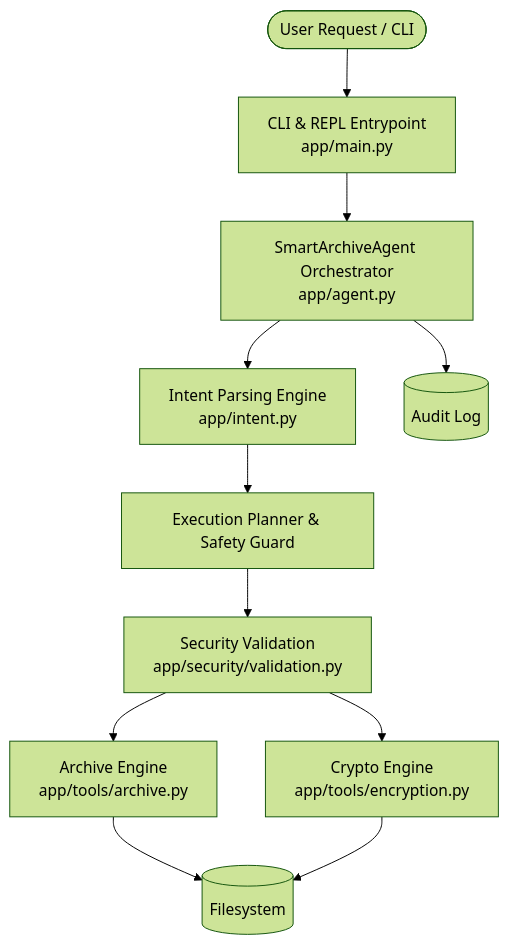
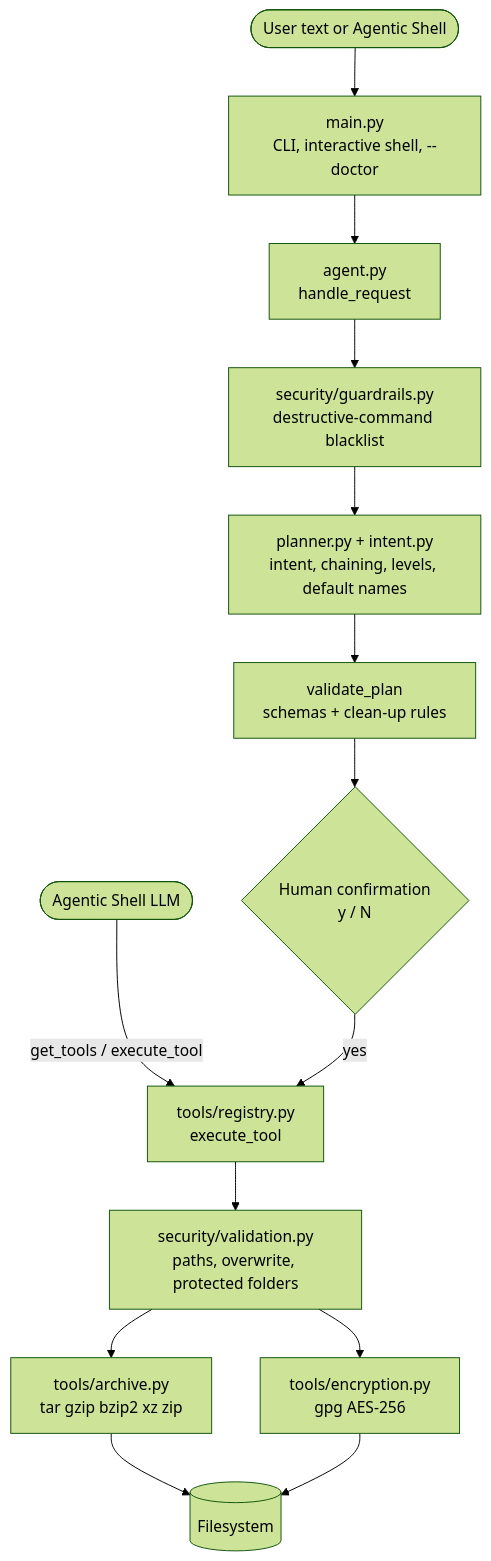
The diagram in docs/architecture.md (Sandeep-More-1610/OS-SMART-ARCHIVE-AGENT), drawn with Mermaid (forest theme) before and after one commit. The commit also changed other lines of this file and 37 other files, not shown here.

First line of the commit message:
Make Smart Archive Agent ready for Agentic Shell integration

````diff
--- a/docs/architecture.md
+++ b/docs/architecture.md
@@ -7,13 +3,16 @@
 ```mermaid
 flowchart TD
-    User([User Request / CLI]) --> Main[CLI & REPL Entrypoint\napp/main.py]
-    Main --> Agent[SmartArchiveAgent Orchestrator\napp/agent.py]
-    Agent --> IntentParser[Intent Parsing Engine\napp/intent.py]
-    IntentParser --> Plan[Execution Planner & Safety Guard]
-    Plan --> SecVal[Security Validation\napp/security/validation.py]
-    SecVal --> ArchiveTools[Archive Engine\napp/tools/archive.py]
-    SecVal --> EncryptTools[Crypto Engine\napp/tools/encryption.py]
-    ArchiveTools --> Disk[(Filesystem)]
-    EncryptTools --> Disk
-    Agent --> AuditLog[(Audit Log)]
+    User([User text or Agentic Shell]) --> Main[main.py<br/>CLI, interactive shell, --doctor]
+    Shell([Agentic Shell LLM]) -->|get_tools / execute_tool| Registry
+    Main --> Agent[agent.py<br/>handle_request]
+    Agent --> Guard[security/guardrails.py<br/>destructive-command blacklist]
+    Guard --> Planner[planner.py + intent.py<br/>intent, chaining, levels, default names]
+    Planner --> Validate[validate_plan<br/>schemas + clean-up rules]
+    Validate --> Confirm{Human confirmation<br/>y / N}
+    Confirm -->|yes| Registry[tools/registry.py<br/>execute_tool]
+    Registry --> Val[security/validation.py<br/>paths, overwrite, protected folders]
+    Val --> Archive[tools/archive.py<br/>tar gzip bzip2 xz zip]
+    Val --> Crypto[tools/encryption.py<br/>gpg AES-256]
+    Archive --> Disk[(Filesystem)]
+    Crypto --> Disk
 ```
````
